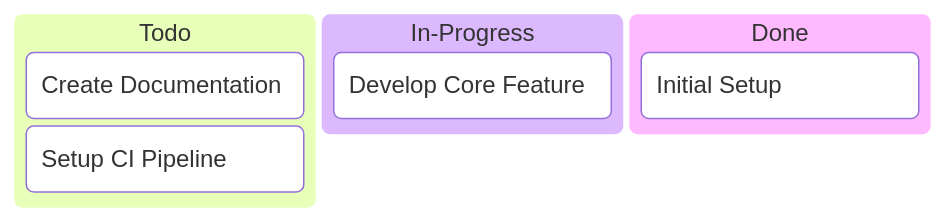
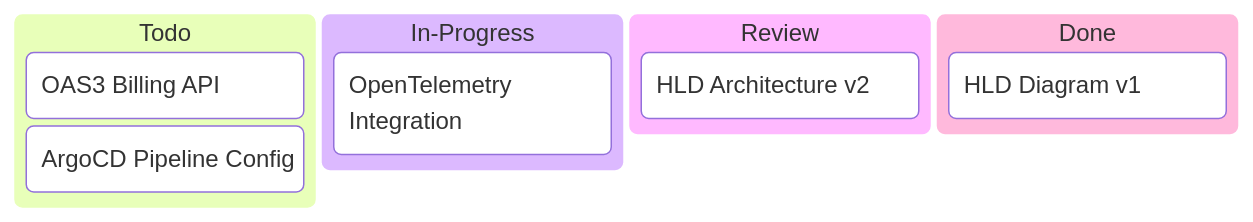
The third of 5 diagrams in README.md (Katty-Fashion/kf-cpto), drawn with Mermaid before and after one commit. The commit also changed other lines of this file and 9 other files, not shown here.

First line of the commit message:
fix: remove unsupported MermaidJS kanban syntax for GitHub compatibility

````diff
--- a/README.md
+++ b/README.md
@@ -201,10 +173,12 @@
 ```mermaid
 kanban
   Todo
-    task1[Create Documentation]
-    task2[Setup CI Pipeline]
+    id1[OAS3 Billing API]
+    id2[ArgoCD Pipeline Config]
   In-Progress
-    task3[Develop Core Feature]
+    id3[OpenTelemetry Integration]
+  Review
+    id4[HLD Architecture v2]
   Done
-    task4[Initial Setup]
+    id5[HLD Diagram v1]
 ```
````
